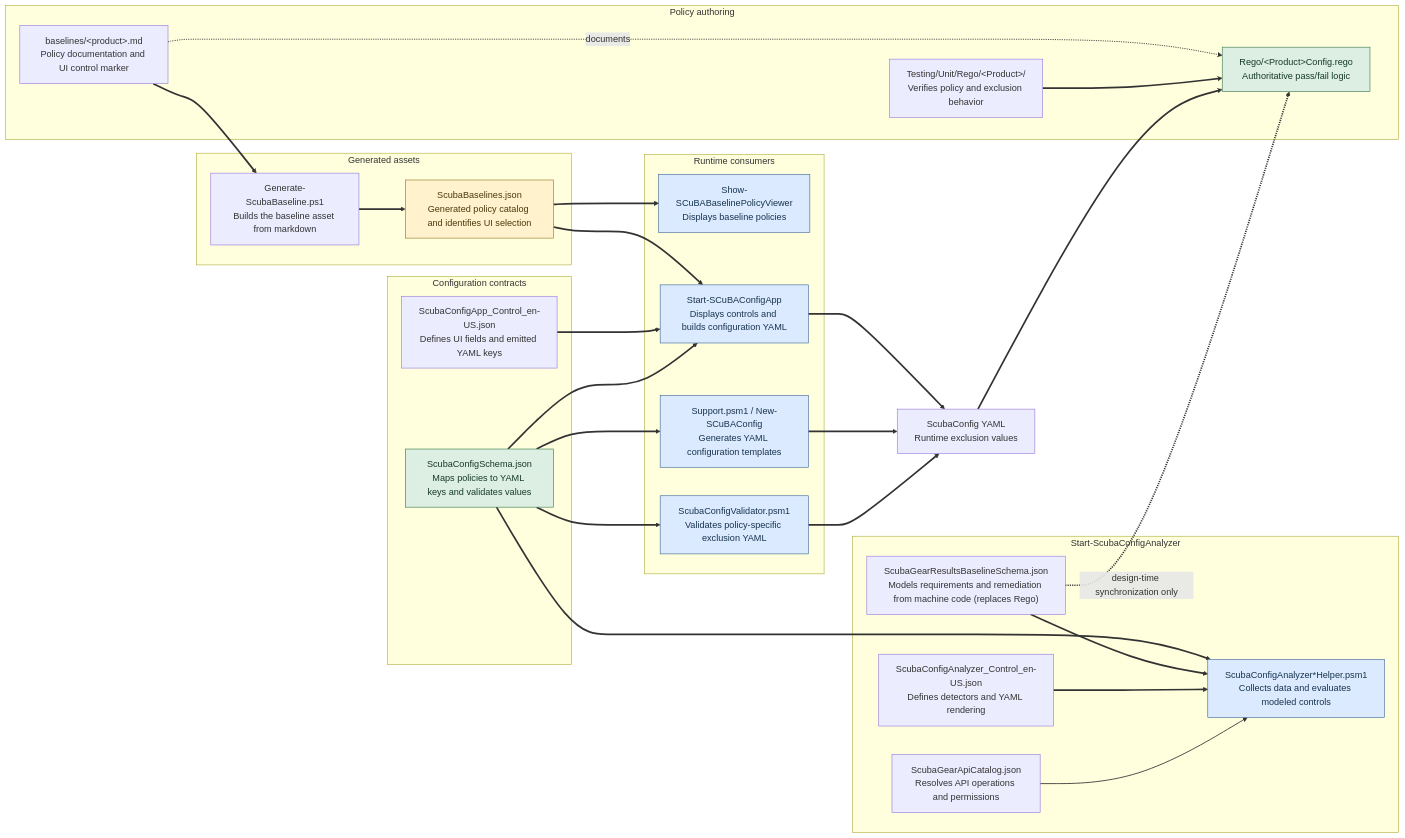
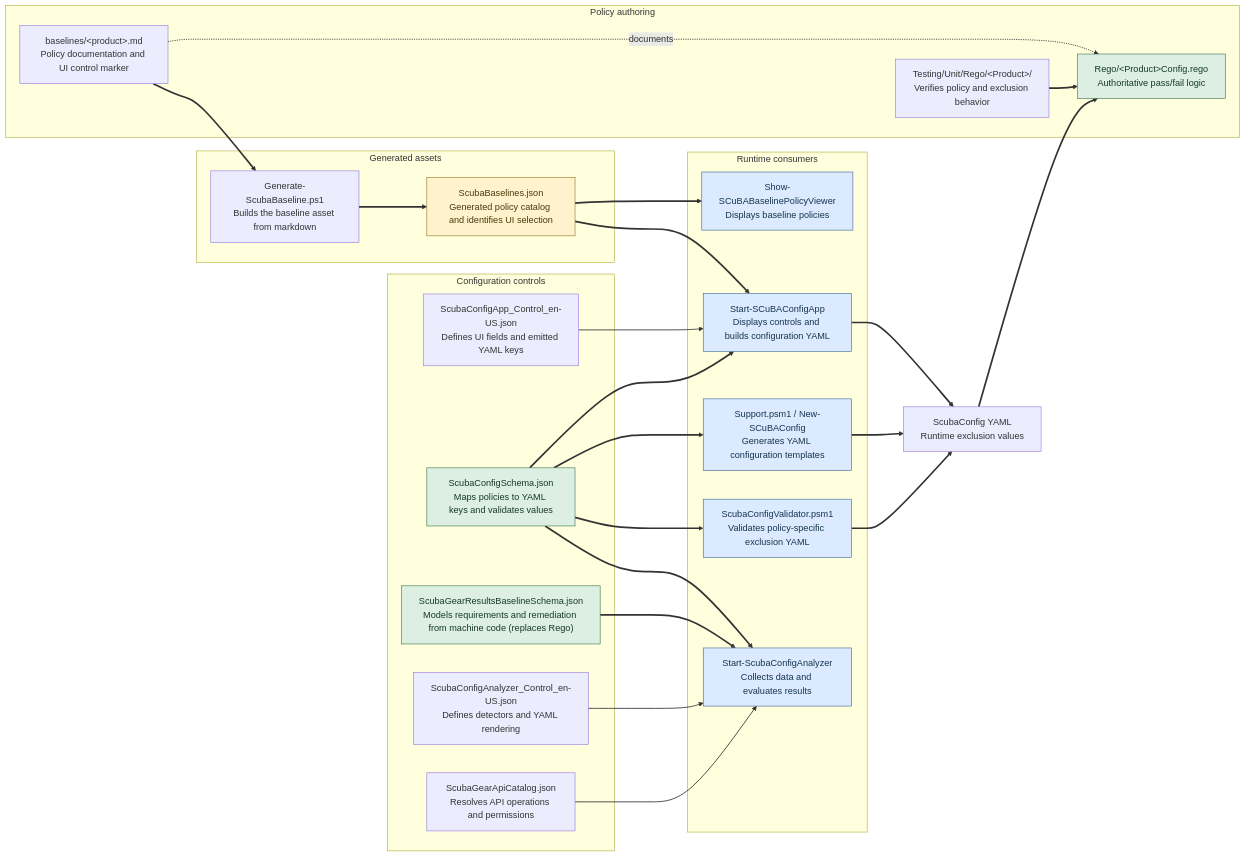
One commit to cisagov/ScubaGear changed the diagram in docs/misc/scubaschema.md. Above: the diagram before and after it, drawn with Mermaid.

Commit message:
cleaned up mermaid

````diff
--- a/docs/misc/scubaschema.md
+++ b/docs/misc/scubaschema.md
@@ -37,63 +37,59 @@
 ```mermaid
 flowchart LR
    subgraph Authoring[Policy authoring]
       Markdown["baselines/&lt;product&gt;.md<br/>Policy documentation and UI control marker"]
       Rego["Rego/&lt;Product&gt;Config.rego<br/>Authoritative pass/fail logic"]
       RegoTests["Testing/Unit/Rego/&lt;Product&gt;/<br/>Verifies policy and exclusion behavior"]
    end
 
-   subgraph Contracts[Configuration contracts]
+   subgraph Contracts[Configuration controls]
       ConfigSchema["ScubaConfigSchema.json<br/>Maps policies to YAML keys and validates values"]
       AppControls["ScubaConfigApp_Control_en-US.json<br/>Defines UI fields and emitted YAML keys"]
+      ResultsSchema["ScubaGearResultsBaselineSchema.json<br/>Models requirements and remediation from machine code (replaces Rego)"]
+      AnalyzerControls["ScubaConfigAnalyzer_Control_en-US.json<br/>Defines detectors and YAML rendering"]
+      ApiCatalog["ScubaGearApiCatalog.json<br/>Resolves API operations and permissions"]
    end
 
    subgraph Generated[Generated assets]
       Generator["Generate-ScubaBaseline.ps1<br/>Builds the baseline asset from markdown"]
       Baselines["ScubaBaselines.json<br/>Generated policy catalog and identifies UI selection"]
    end
 
    subgraph Runtime[Runtime consumers]
       PolicyViewer["Show-SCuBABaselinePolicyViewer<br/>Displays baseline policies"]
       Validator["ScubaConfigValidator.psm1<br/>Validates policy-specific exclusion YAML"]
       ConfigTemplate["Support.psm1 / New-SCuBAConfig<br/>Generates YAML configuration templates"]
       ConfigApp["Start-SCuBAConfigApp<br/>Displays controls and builds configuration YAML"]
-   end
-
-   subgraph Analyzer[Start-ScubaConfigAnalyzer]
-      ResultsSchema["ScubaGearResultsBaselineSchema.json<br/>Models requirements and remediation from machine code (replaces Rego)"]
-      AnalyzerControls["ScubaConfigAnalyzer_Control_en-US.json<br/>Defines detectors and YAML rendering"]
-      AnalyzerEngine["ScubaConfigAnalyzer*Helper.psm1<br/>Collects data and evaluates modeled controls"]
-      ApiCatalog["ScubaGearApiCatalog.json<br/>Resolves API operations and permissions"]
+      AnalyzerEngine["Start-ScubaConfigAnalyzer<br/>Collects data and evaluates results"]
    end
 
    Markdown --> Generator --> Baselines
    Markdown -. documents .-> Rego
    RegoTests --> Rego
 
    Baselines --> PolicyViewer  
    Baselines --> ConfigApp
    AppControls --> ConfigApp
    ConfigApp --> ConfigYaml["ScubaConfig YAML<br/>Runtime exclusion values"]
 
    ConfigSchema --> Validator
    ConfigSchema --> ConfigTemplate
    ConfigSchema --> ConfigApp
    ConfigTemplate --> ConfigYaml
    Validator --> ConfigYaml
    ConfigYaml --> Rego
 
    ConfigSchema --> AnalyzerEngine
    ResultsSchema --> AnalyzerEngine
    AnalyzerControls --> AnalyzerEngine
    ApiCatalog --> AnalyzerEngine
-   ResultsSchema -. design-time synchronization only .-> Rego
 
    classDef authority fill:#dcefe2,stroke:#2f6f44,color:#173a25
    classDef generated fill:#fff2cc,stroke:#8a6d1d,color:#4a390d
    classDef consumer fill:#dbeafe,stroke:#315f91,color:#18344f
-   class Rego,ConfigSchema authority
+   class Rego,ConfigSchema,ResultsSchema authority
    class Baselines generated
    class Validator,ConfigTemplate,ConfigApp,AnalyzerEngine,PolicyViewer consumer
    linkStyle default stroke-width:3px
-   linkStyle 2,17 stroke-width:1.5px
+   linkStyle 2,6,16,17 stroke-width:1.5px
 ```
````
